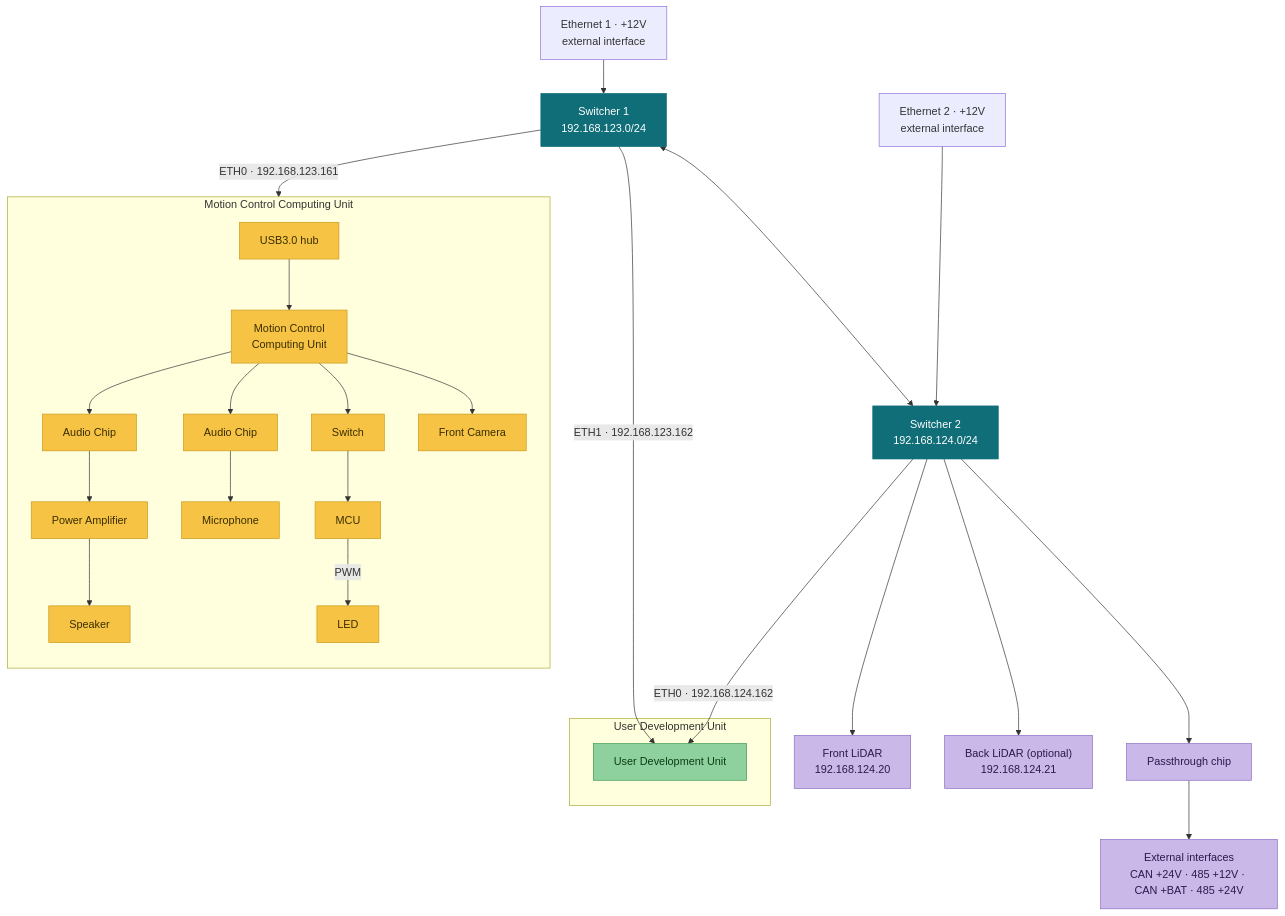
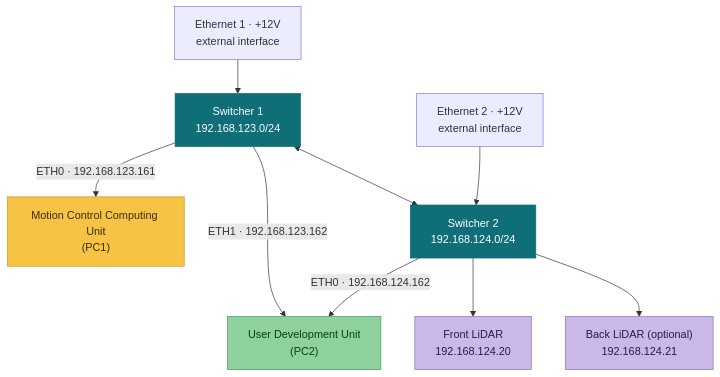
One commit to westonrobot/docs changed the diagram in robot/quadruped/a2.md. Above: the diagram before and after it, drawn with Mermaid. The commit also changed other lines of this file, not shown here.

Commit message:
robot(a2): trim network diagram to essentials, summarize electrical interfaces by location

````diff
--- a/robot/quadruped/a2.md
+++ b/robot/quadruped/a2.md
@@ -124,47 +122,34 @@
 ```mermaid
 flowchart TB
     ETH1["Ethernet 1 · +12V<br/>external interface"]
     ETH2["Ethernet 2 · +12V<br/>external interface"]
 
-    subgraph MCZ["Motion Control Computing Unit"]
-        direction TB
-        USBH["USB3.0 hub"] --> MCCU["Motion Control<br/>Computing Unit"]
-        MCCU --> AC1["Audio Chip"] --> AMP["Power Amplifier"] --> SPK["Speaker"]
-        MCCU --> AC2["Audio Chip"] --> MIC["Microphone"]
-        MCCU --> SW["Switch"] --> MCUX["MCU"] -->|PWM| LED["LED"]
-        MCCU --> CAM["Front Camera"]
-    end
-
+    MCCU["Motion Control Computing Unit<br/>(PC1)"]
     SW1["Switcher 1<br/>192.168.123.0/24"]
     SW2["Switcher 2<br/>192.168.124.0/24"]
     SW1 <--> SW2
 
-    subgraph UDZ["User Development Unit"]
-        UDU["User Development Unit"]
-    end
+    UDU["User Development Unit<br/>(PC2)"]
 
     LIDF["Front LiDAR<br/>192.168.124.20"]
     LIDB["Back LiDAR (optional)<br/>192.168.124.21"]
-    PASS["Passthrough chip"]
-    EXT["External interfaces<br/>CAN +24V · 485 +12V · CAN +BAT · 485 +24V"]
 
     ETH1 --> SW1
     SW1 -->|ETH0 · 192.168.123.161| MCCU
     SW1 -->|ETH1 · 192.168.123.162| UDU
 
     ETH2 --> SW2
     SW2 -->|ETH0 · 192.168.124.162| UDU
     SW2 --> LIDF
     SW2 --> LIDB
-    SW2 --> PASS --> EXT
 
     classDef mc fill:#f6c344,stroke:#c99a1e,color:#3a2e00
     classDef ud fill:#8fd19e,stroke:#3f9950,color:#0b3d17
     classDef net fill:#0f6e78,stroke:#0f6e78,color:#fff
     classDef periph fill:#c9b8e8,stroke:#8a6fc4,color:#2a1a4d
 
-    class MCCU,AC1,AC2,SW,MCUX,LED,AMP,SPK,MIC,CAM,USBH mc
+    class MCCU mc
     class UDU ud
     class SW1,SW2 net
-    class LIDF,LIDB,PASS,EXT periph
+    class LIDF,LIDB periph
 ```
````
